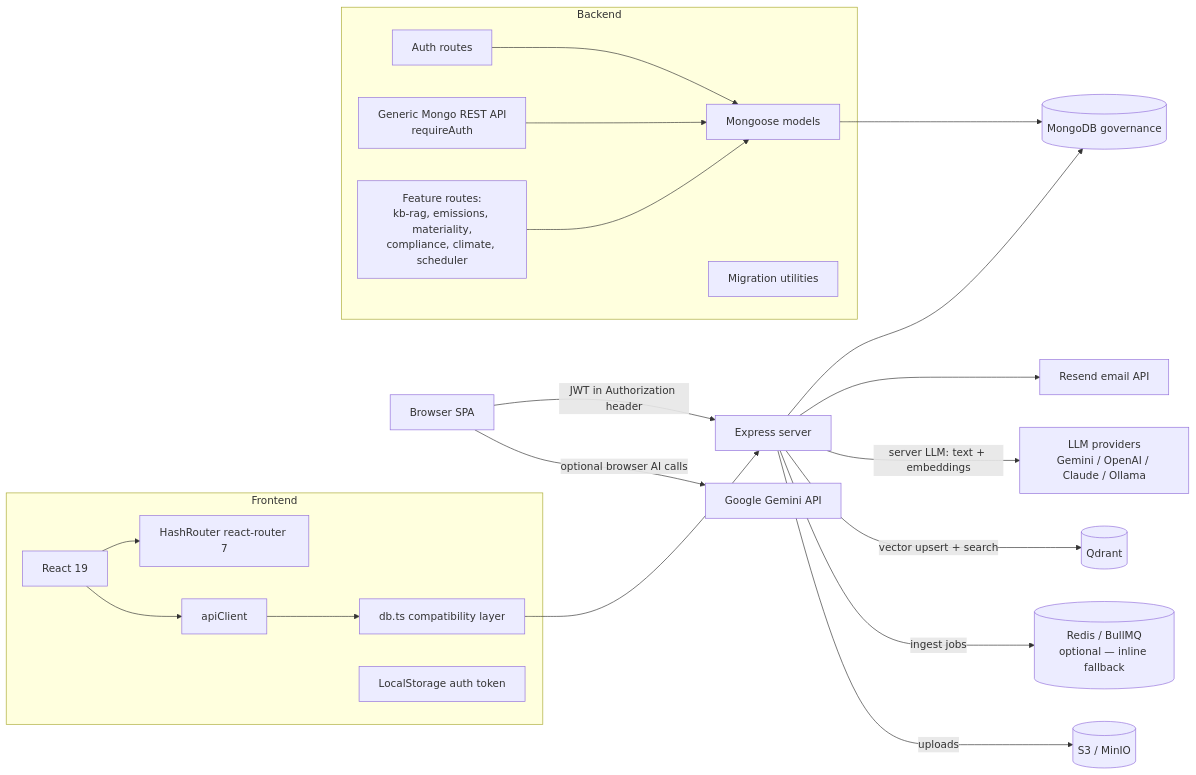
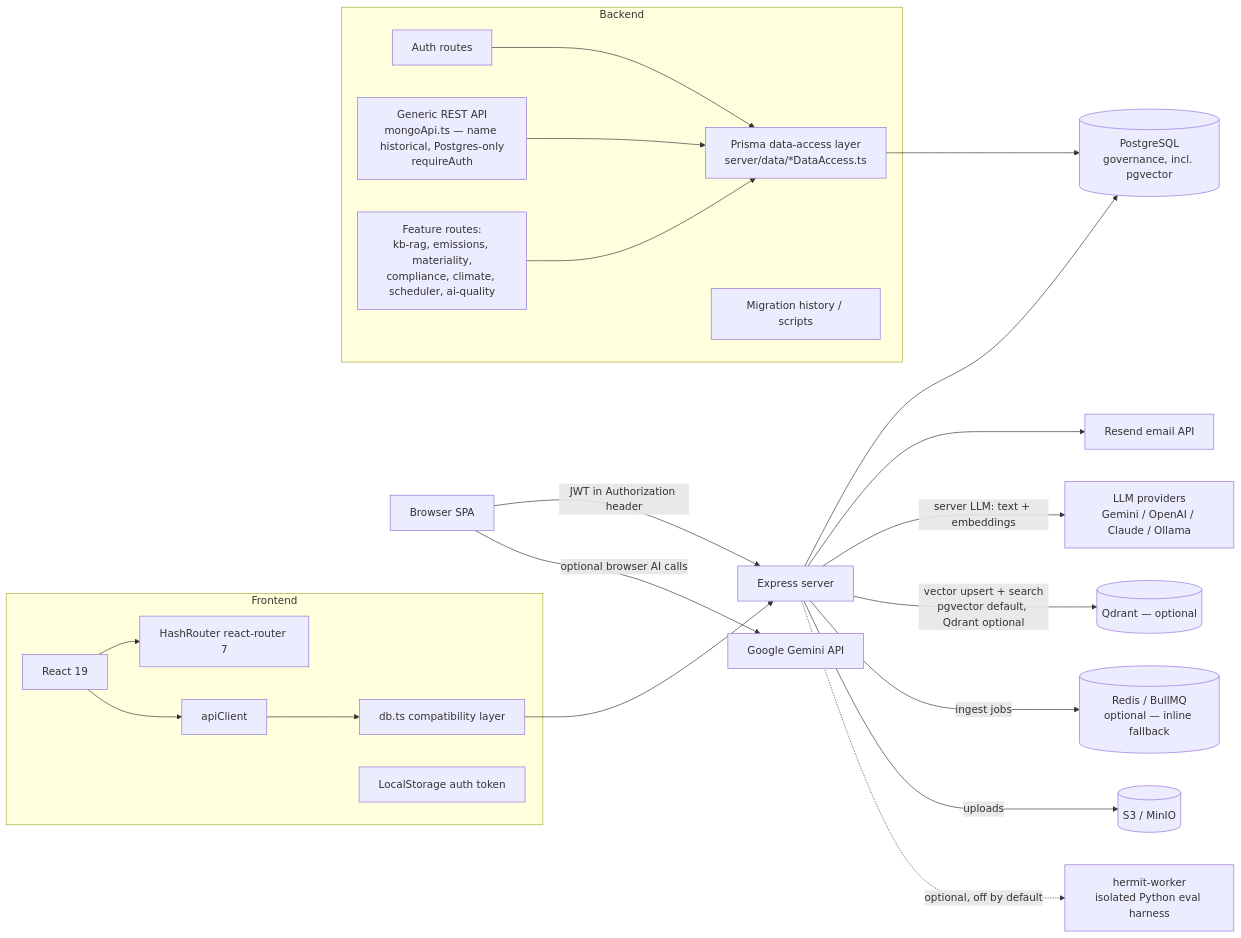
The diagram in docs/architecture/tech-stack-architecture.md (hakant66/VeritasESG), drawn with Mermaid before and after one commit. The commit also changed other lines of this file, not shown here.

First line of the commit message:
Correct stale MongoDB/Mongoose content in tech-stack-architecture.md, add Hermit section

````diff
--- a/docs/architecture/tech-stack-architecture.md
+++ b/docs/architecture/tech-stack-architecture.md
@@ -26,36 +27,37 @@
 ```mermaid
 flowchart LR
   Browser[Browser SPA] -->|JWT in Authorization header| Express[Express server]
-  Express --> Mongo[(MongoDB governance)]
+  Express --> Postgres[(PostgreSQL<br/>governance, incl. pgvector)]
   Express --> Resend[Resend email API]
   Express -->|server LLM: text + embeddings| LLM[LLM providers<br/>Gemini / OpenAI / Claude / Ollama]
-  Express -->|vector upsert + search| Qdrant[(Qdrant)]
+  Express -->|vector upsert + search<br/>pgvector default, Qdrant optional| Qdrant[(Qdrant — optional)]
   Express -->|ingest jobs| Redis[(Redis / BullMQ<br/>optional — inline fallback)]
   Express -->|uploads| MinIO[(S3 / MinIO)]
+  Express -.->|optional, off by default| HermitWorker[hermit-worker<br/>isolated Python eval harness]
   Browser -->|optional browser AI calls| Gemini[Google Gemini API]
 
   subgraph Frontend
     React[React 19]
     Router[HashRouter react-router 7]
     ApiClient[apiClient]
     DbCompat[db.ts compatibility layer]
     LocalStorage[LocalStorage auth token]
   end
 
   subgraph Backend
     Auth[Auth routes]
-    MongoApi[Generic Mongo REST API<br/>requireAuth]
-    Features[Feature routes:<br/>kb-rag, emissions, materiality,<br/>compliance, climate, scheduler]
-    Models[Mongoose models]
-    Migration[Migration utilities]
+    MongoApi[Generic REST API<br/>mongoApi.ts — name historical, Postgres-only<br/>requireAuth]
+    Features[Feature routes:<br/>kb-rag, emissions, materiality,<br/>compliance, climate, scheduler, ai-quality]
+    DataAccess[Prisma data-access layer<br/>server/data/*DataAccess.ts]
+    Migration[Migration history / scripts]
   end
 
   React --> Router
   React --> ApiClient
   ApiClient --> DbCompat
   DbCompat --> Express
-  Auth --> Models
-  MongoApi --> Models
-  Features --> Models
-  Models --> Mongo
+  Auth --> DataAccess
+  MongoApi --> DataAccess
+  Features --> DataAccess
+  DataAccess --> Postgres
 ```
````
